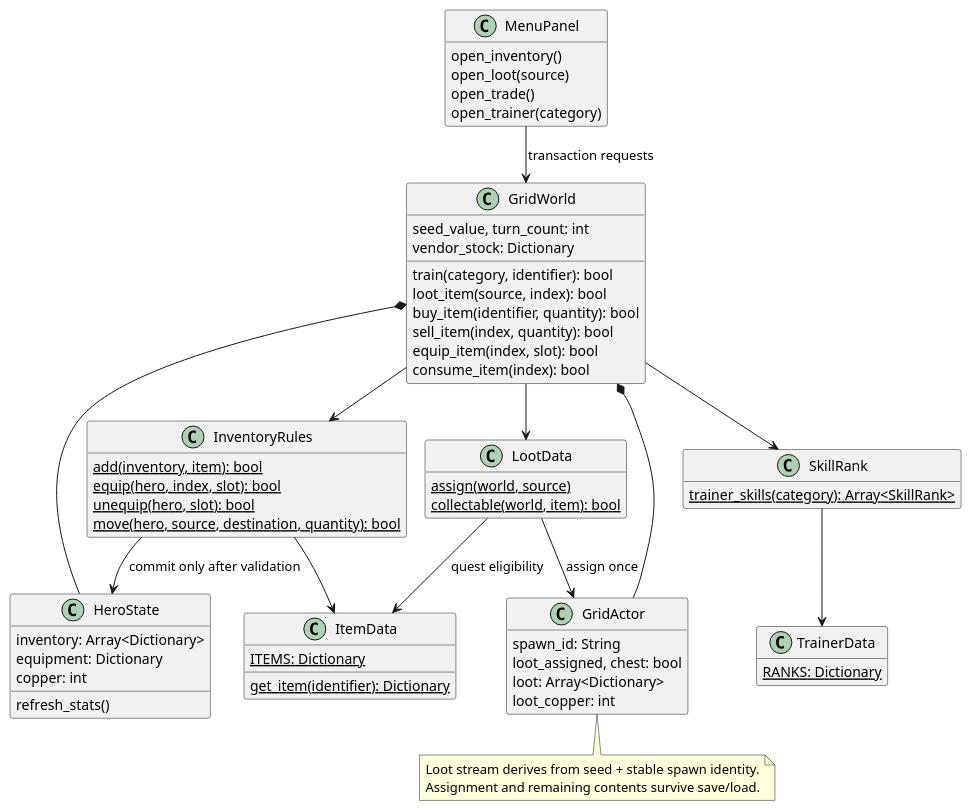
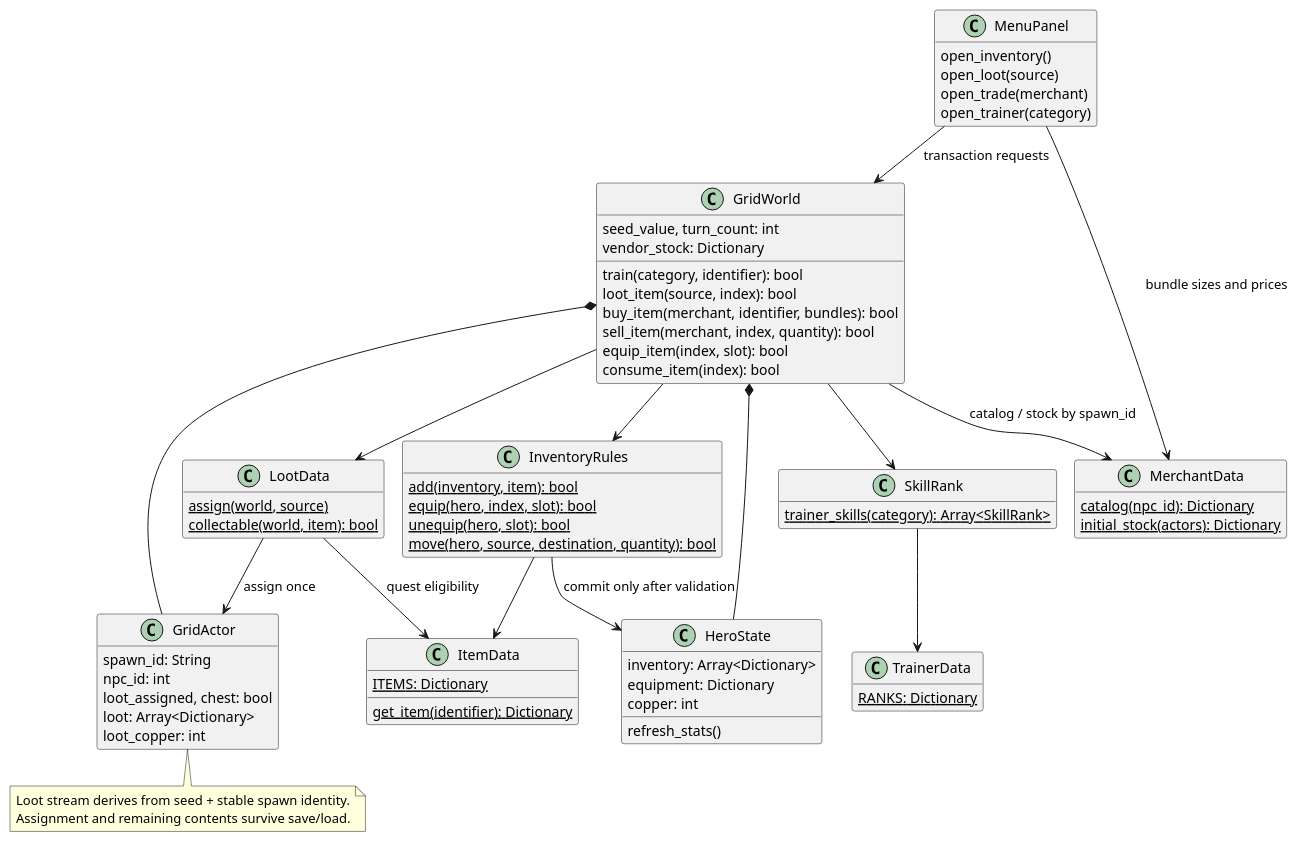
The diagram in docs/architecture/classes/items.puml (VHonzik/Ostinato), drawn with PlantUML before and after one commit. The commit also changed 25 other files, not shown here.

```diff
--- a/docs/architecture/classes/items.puml
+++ b/docs/architecture/classes/items.puml
@@ -1,69 +1,76 @@
 @startuml
 !pragma layout smetana
 skinparam shadowing false
 skinparam classAttributeIconSize 0
 hide empty members
 class MenuPanel {
   open_inventory()
   open_loot(source)
-  open_trade()
+  open_trade(merchant)
   open_trainer(category)
 }
 class GridWorld {
   seed_value, turn_count: int
   vendor_stock: Dictionary
   train(category, identifier): bool
   loot_item(source, index): bool
-  buy_item(identifier, quantity): bool
-  sell_item(index, quantity): bool
+  buy_item(merchant, identifier, bundles): bool
+  sell_item(merchant, index, quantity): bool
   equip_item(index, slot): bool
   consume_item(index): bool
 }
 class HeroState {
   inventory: Array<Dictionary>
   equipment: Dictionary
   copper: int
   refresh_stats()
 }
 class GridActor {
   spawn_id: String
+  npc_id: int
   loot_assigned, chest: bool
   loot: Array<Dictionary>
   loot_copper: int
 }
 class ItemData {
   {static} ITEMS: Dictionary
   {static} get_item(identifier): Dictionary
+}
+class MerchantData {
+  {static} catalog(npc_id): Dictionary
+  {static} initial_stock(actors): Dictionary
 }
 class InventoryRules {
   {static} add(inventory, item): bool
   {static} equip(hero, index, slot): bool
   {static} unequip(hero, slot): bool
   {static} move(hero, source, destination, quantity): bool
 }
 class LootData {
   {static} assign(world, source)
   {static} collectable(world, item): bool
 }
 class TrainerData {
   {static} RANKS: Dictionary
 }
 class SkillRank {
   {static} trainer_skills(category): Array<SkillRank>
 }
 MenuPanel --> GridWorld : transaction requests
 GridWorld *-- HeroState
 GridWorld *-- GridActor
+GridWorld --> MerchantData : catalog / stock by spawn_id
+MenuPanel --> MerchantData : bundle sizes and prices
 GridWorld --> InventoryRules
 GridWorld --> LootData
 GridWorld --> SkillRank
 SkillRank --> TrainerData
 InventoryRules --> ItemData
 InventoryRules --> HeroState : commit only after validation
 LootData --> GridActor : assign once
 LootData --> ItemData : quest eligibility
 note bottom of GridActor
 Loot stream derives from seed + stable spawn identity.
 Assignment and remaining contents survive save/load.
 end note
 @enduml
```
